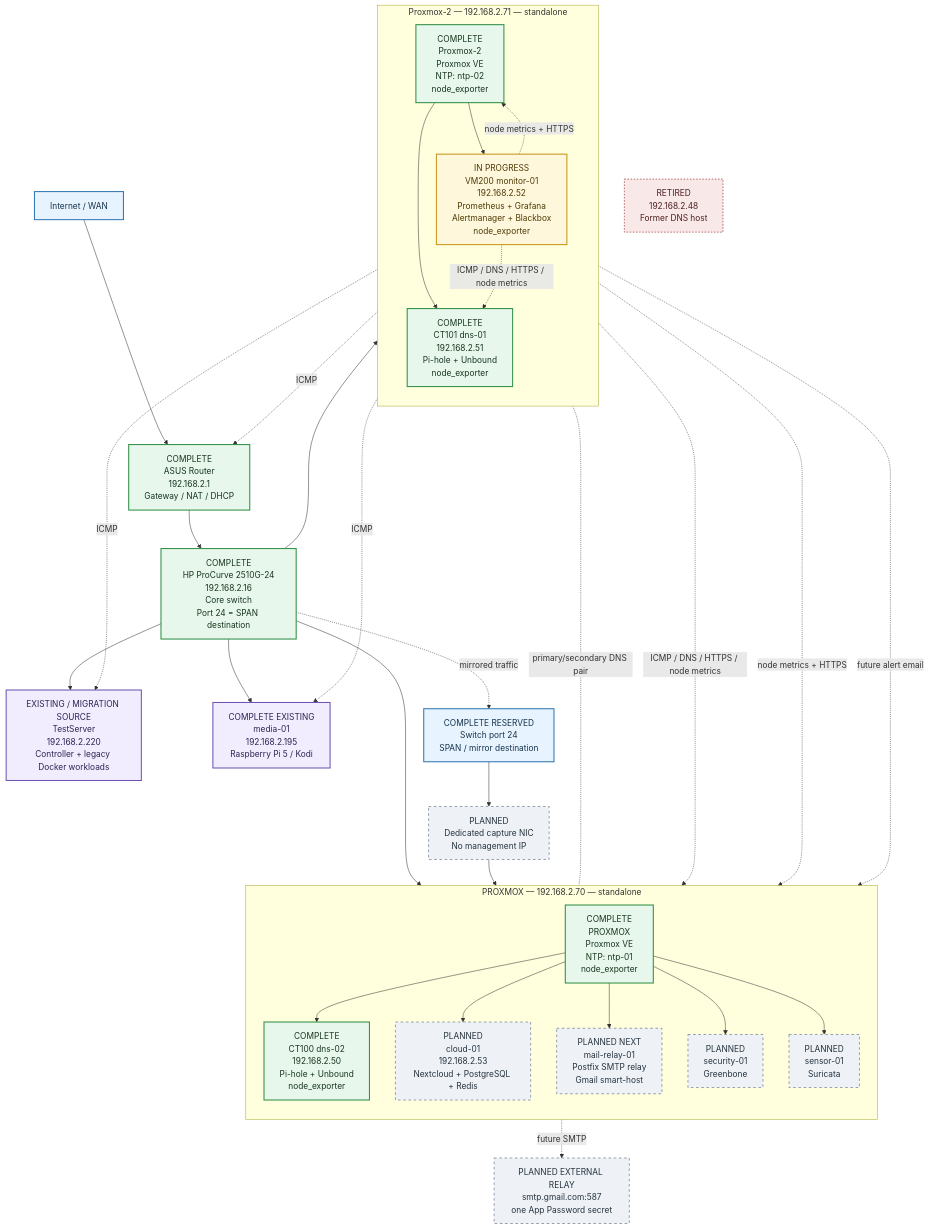
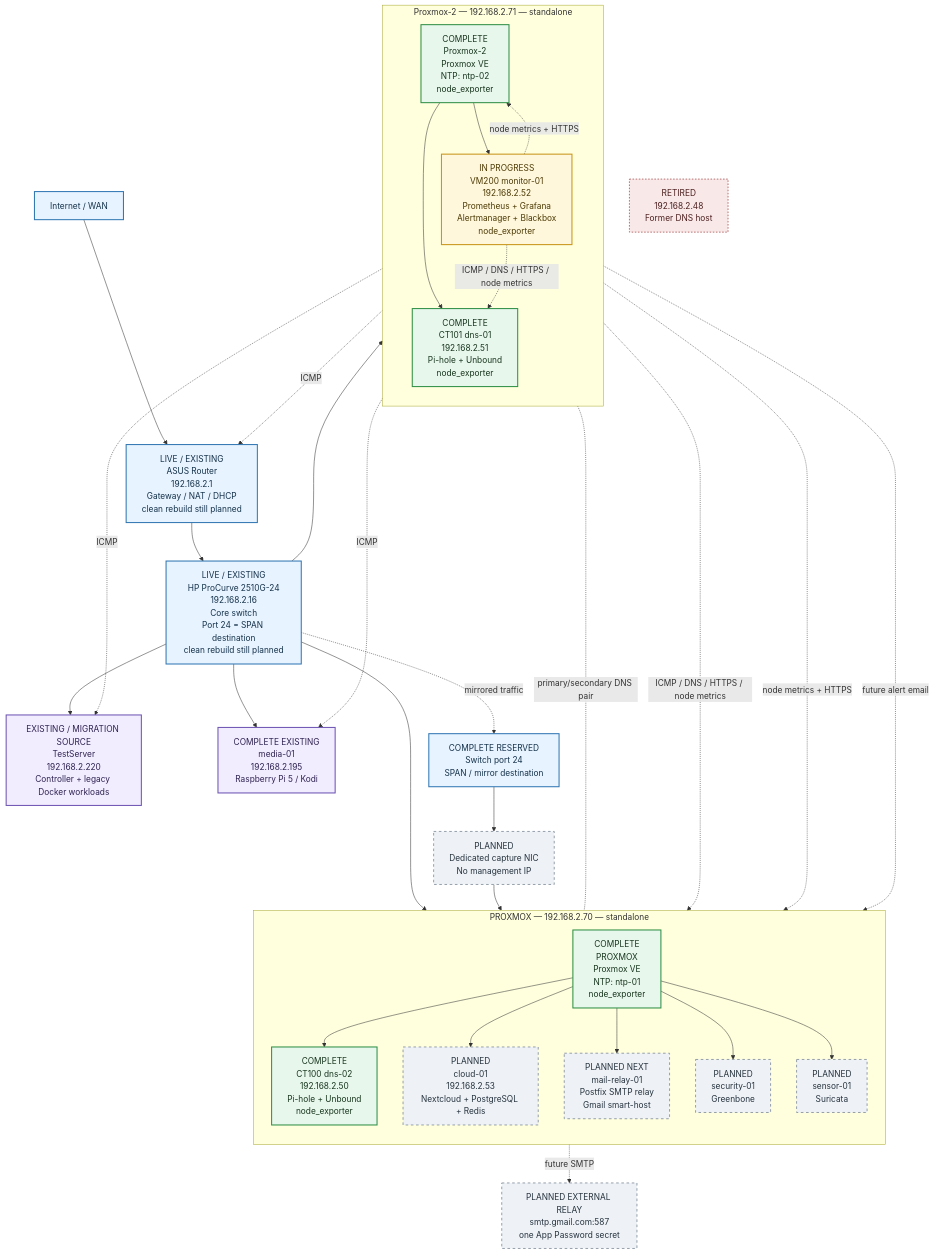
The diagram in docs/architecture/PROPOSED-LAYOUT.md (jrwroberts1976/homelab-platform), drawn with Mermaid before and after one commit. The commit also changed other lines of this file, not shown here.

Commit message:
Clarify live versus fully completed network state

````diff
--- a/docs/architecture/PROPOSED-LAYOUT.md
+++ b/docs/architecture/PROPOSED-LAYOUT.md
@@ -15,71 +15,71 @@
 ```mermaid
 flowchart TB
   classDef complete fill:#e8f7ec,stroke:#2f8f46,stroke-width:2px,color:#17351e
   classDef progress fill:#fff7db,stroke:#c89518,stroke-width:2px,color:#4c3a05
   classDef planned fill:#eef2f7,stroke:#7b8794,stroke-width:1.5px,color:#26323d,stroke-dasharray: 5 5
   classDef network fill:#e7f3ff,stroke:#3277b3,stroke-width:2px,color:#15324a
   classDef retired fill:#f8e8e8,stroke:#a84c4c,stroke-width:1.5px,color:#4c1f1f,stroke-dasharray: 3 3
   classDef physical fill:#f2ecff,stroke:#6e55b3,stroke-width:2px,color:#2e2351
 
   WAN["Internet / WAN"]:::network
-  ROUTER["COMPLETE<br/>ASUS Router<br/>192.168.2.1<br/>Gateway / NAT / DHCP"]:::complete
-  SWITCH["COMPLETE<br/>HP ProCurve 2510G-24<br/>192.168.2.16<br/>Core switch<br/>Port 24 = SPAN destination"]:::complete
+  ROUTER["LIVE / EXISTING<br/>ASUS Router<br/>192.168.2.1<br/>Gateway / NAT / DHCP<br/>clean rebuild still planned"]:::network
+  SWITCH["LIVE / EXISTING<br/>HP ProCurve 2510G-24<br/>192.168.2.16<br/>Core switch<br/>Port 24 = SPAN destination<br/>clean rebuild still planned"]:::network
 
   WAN --> ROUTER
   ROUTER --> SWITCH
 
   subgraph PVE1["PROXMOX — 192.168.2.70 — standalone"]
     direction TB
     PVE1HOST["COMPLETE<br/>PROXMOX<br/>Proxmox VE<br/>NTP: ntp-01<br/>node_exporter"]:::complete
     DNS02["COMPLETE<br/>CT100 dns-02<br/>192.168.2.50<br/>Pi-hole + Unbound<br/>node_exporter"]:::complete
     CLOUD["PLANNED<br/>cloud-01<br/>192.168.2.53<br/>Nextcloud + PostgreSQL + Redis"]:::planned
     MAIL["PLANNED NEXT<br/>mail-relay-01<br/>Postfix SMTP relay<br/>Gmail smart-host"]:::planned
     SECURITY["PLANNED<br/>security-01<br/>Greenbone"]:::planned
     SENSOR["PLANNED<br/>sensor-01<br/>Suricata"]:::planned
 
     PVE1HOST --> DNS02
     PVE1HOST --> CLOUD
     PVE1HOST --> MAIL
     PVE1HOST --> SECURITY
     PVE1HOST --> SENSOR
   end
 
   subgraph PVE2["Proxmox-2 — 192.168.2.71 — standalone"]
     direction TB
     PVE2HOST["COMPLETE<br/>Proxmox-2<br/>Proxmox VE<br/>NTP: ntp-02<br/>node_exporter"]:::complete
     DNS01["COMPLETE<br/>CT101 dns-01<br/>192.168.2.51<br/>Pi-hole + Unbound<br/>node_exporter"]:::complete
     MON["IN PROGRESS<br/>VM200 monitor-01<br/>192.168.2.52<br/>Prometheus + Grafana<br/>Alertmanager + Blackbox<br/>node_exporter"]:::progress
 
     PVE2HOST --> DNS01
     PVE2HOST --> MON
   end
 
   TEST["EXISTING / MIGRATION SOURCE<br/>TestServer<br/>192.168.2.220<br/>Controller + legacy Docker workloads"]:::physical
   MEDIA["COMPLETE EXISTING<br/>media-01<br/>192.168.2.195<br/>Raspberry Pi 5 / Kodi"]:::physical
   RET48["RETIRED<br/>192.168.2.48<br/>Former DNS host"]:::retired
 
   SWITCH --> PVE1HOST
   SWITCH --> PVE2HOST
   SWITCH --> TEST
   SWITCH --> MEDIA
 
   DNS01 -. "primary/secondary DNS pair" .- DNS02
 
   MON -. "ICMP / DNS / HTTPS / node metrics" .-> DNS01
   MON -. "ICMP / DNS / HTTPS / node metrics" .-> DNS02
   MON -. "node metrics + HTTPS" .-> PVE1HOST
   MON -. "node metrics + HTTPS" .-> PVE2HOST
   MON -. "ICMP" .-> ROUTER
   MON -. "ICMP" .-> TEST
   MON -. "ICMP" .-> MEDIA
 
   SPAN["COMPLETE RESERVED<br/>Switch port 24<br/>SPAN / mirror destination"]:::network
   CAPNIC["PLANNED<br/>Dedicated capture NIC<br/>No management IP"]:::planned
 
   SWITCH -. "mirrored traffic" .-> SPAN
   SPAN --> CAPNIC
   CAPNIC --> SENSOR
 
   MAIL -. "future SMTP" .-> GMAIL["PLANNED EXTERNAL RELAY<br/>smtp.gmail.com:587<br/>one App Password secret"]:::planned
   MON -. "future alert email" .-> MAIL
 ```
````
